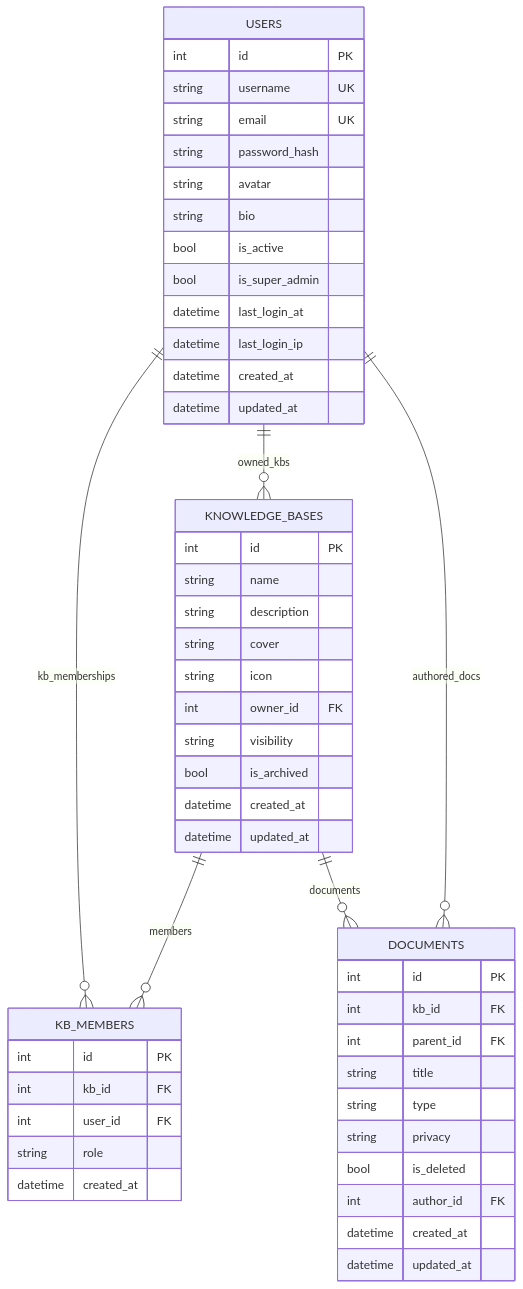
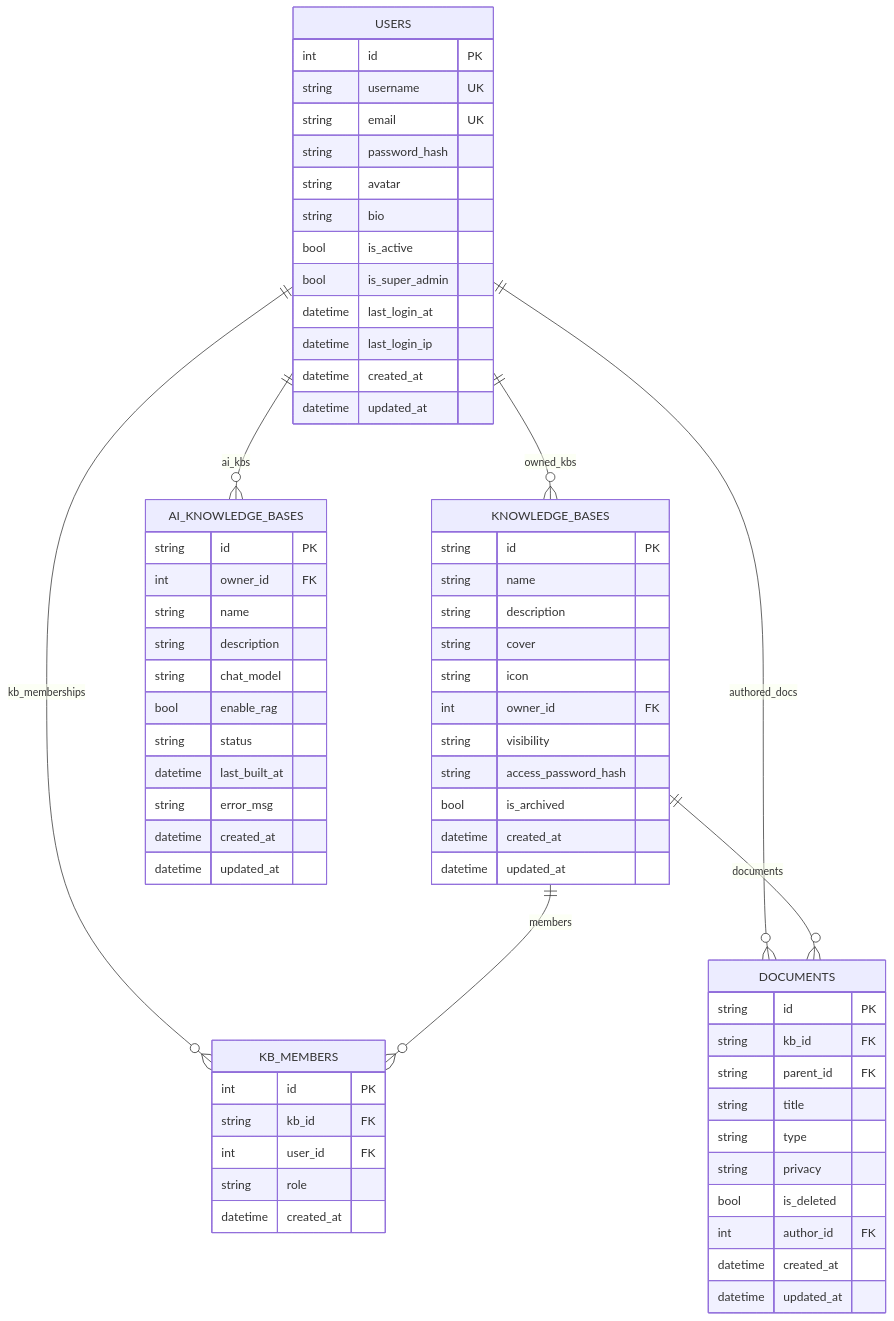
One commit to beyondalbert/my_wiki changed the sixth of 6 diagrams in .qoder/repowiki/zh/content/数据模型设计/知识库模型.md. Above: the diagram before and after it, drawn with Mermaid. The commit also changed other lines of this file and 21 other files, not shown here.

````diff
--- a/.qoder/repowiki/zh/content/数据模型设计/知识库模型.md
+++ b/.qoder/repowiki/zh/content/数据模型设计/知识库模型.md
@@ -382,53 +450,68 @@
 ```mermaid
 erDiagram
 USERS {
 int id PK
 string username UK
 string email UK
 string password_hash
 string avatar
 string bio
 bool is_active
 bool is_super_admin
 datetime last_login_at
 datetime last_login_ip
 datetime created_at
 datetime updated_at
 }
 KNOWLEDGE_BASES {
-int id PK
+string id PK
 string name
 string description
 string cover
 string icon
 int owner_id FK
 string visibility
+string access_password_hash
 bool is_archived
 datetime created_at
 datetime updated_at
 }
 KB_MEMBERS {
 int id PK
-int kb_id FK
+string kb_id FK
 int user_id FK
 string role
 datetime created_at
 }
 DOCUMENTS {
-int id PK
-int kb_id FK
-int parent_id FK
+string id PK
+string kb_id FK
+string parent_id FK
 string title
 string type
 string privacy
 bool is_deleted
 int author_id FK
 datetime created_at
 datetime updated_at
 }
+AI_KNOWLEDGE_BASES {
+string id PK
+int owner_id FK
+string name
+string description
+string chat_model
+bool enable_rag
+string status
+datetime last_built_at
+string error_msg
+datetime created_at
+datetime updated_at
+}
 USERS ||--o{ KNOWLEDGE_BASES : "owned_kbs"
 USERS ||--o{ KB_MEMBERS : "kb_memberships"
+USERS ||--o{ DOCUMENTS : "authored_docs"
+USERS ||--o{ AI_KNOWLEDGE_BASES : "ai_kbs"
 KNOWLEDGE_BASES ||--o{ KB_MEMBERS : "members"
 KNOWLEDGE_BASES ||--o{ DOCUMENTS : "documents"
-USERS ||--o{ DOCUMENTS : "authored_docs"
 ```
````
